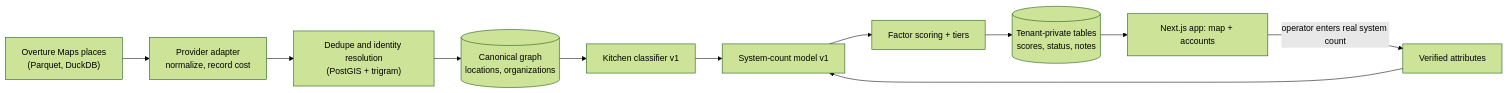
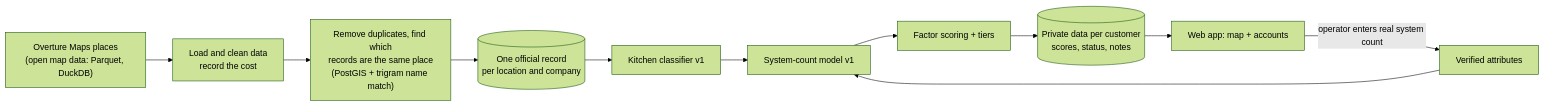
Before and after one commit to Tamisreal/gtm-systems-engineering: the diagram in projects/routehero/README.md, drawn with Mermaid (forest theme). The commit also changed other lines of this file and 43 other files, not shown here.

````diff
--- a/projects/routehero/README.md
+++ b/projects/routehero/README.md
@@ -34,13 +34,13 @@
 ```mermaid
 flowchart LR
-    O["Overture Maps places<br/>(Parquet, DuckDB)"] --> A["Provider adapter<br/>normalize, record cost"]
-    A --> D["Dedupe and identity resolution<br/>(PostGIS + trigram)"]
-    D --> G[("Canonical graph<br/>locations, organizations")]
+    O["Overture Maps places<br/>(open map data: Parquet, DuckDB)"] --> A["Load and clean data<br/>record the cost"]
+    A --> D["Remove duplicates, find which<br/>records are the same place<br/>(PostGIS + trigram name match)"]
+    D --> G[("One official record<br/>per location and company")]
     G --> C["Kitchen classifier v1"]
     C --> S["System-count model v1"]
     S --> SC["Factor scoring + tiers"]
-    SC --> T[("Tenant-private tables<br/>scores, status, notes")]
-    T --> UI["Next.js app: map + accounts"]
+    SC --> T[("Private data per customer<br/>scores, status, notes")]
+    T --> UI["Web app: map + accounts"]
     UI -- "operator enters real system count" --> V["Verified attributes"]
     V --> S
 ```
````
